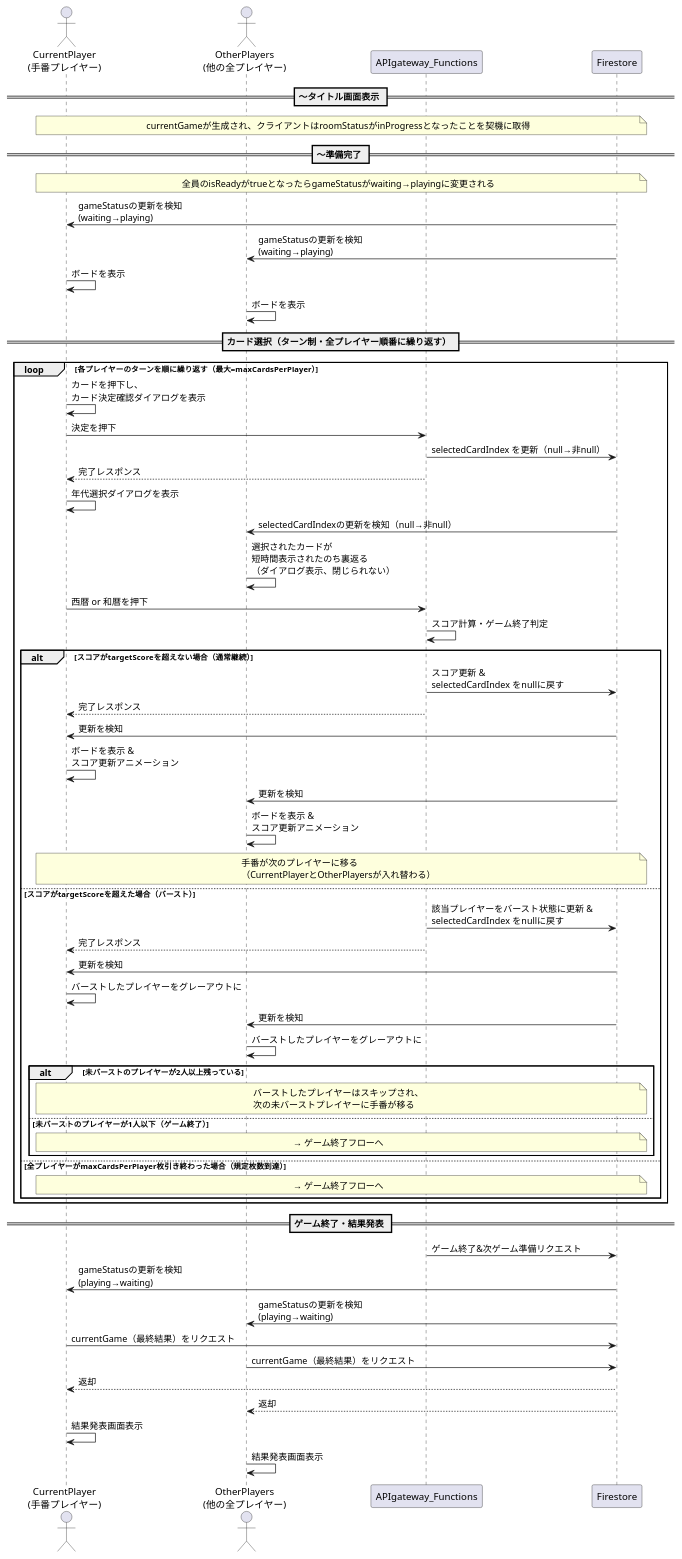
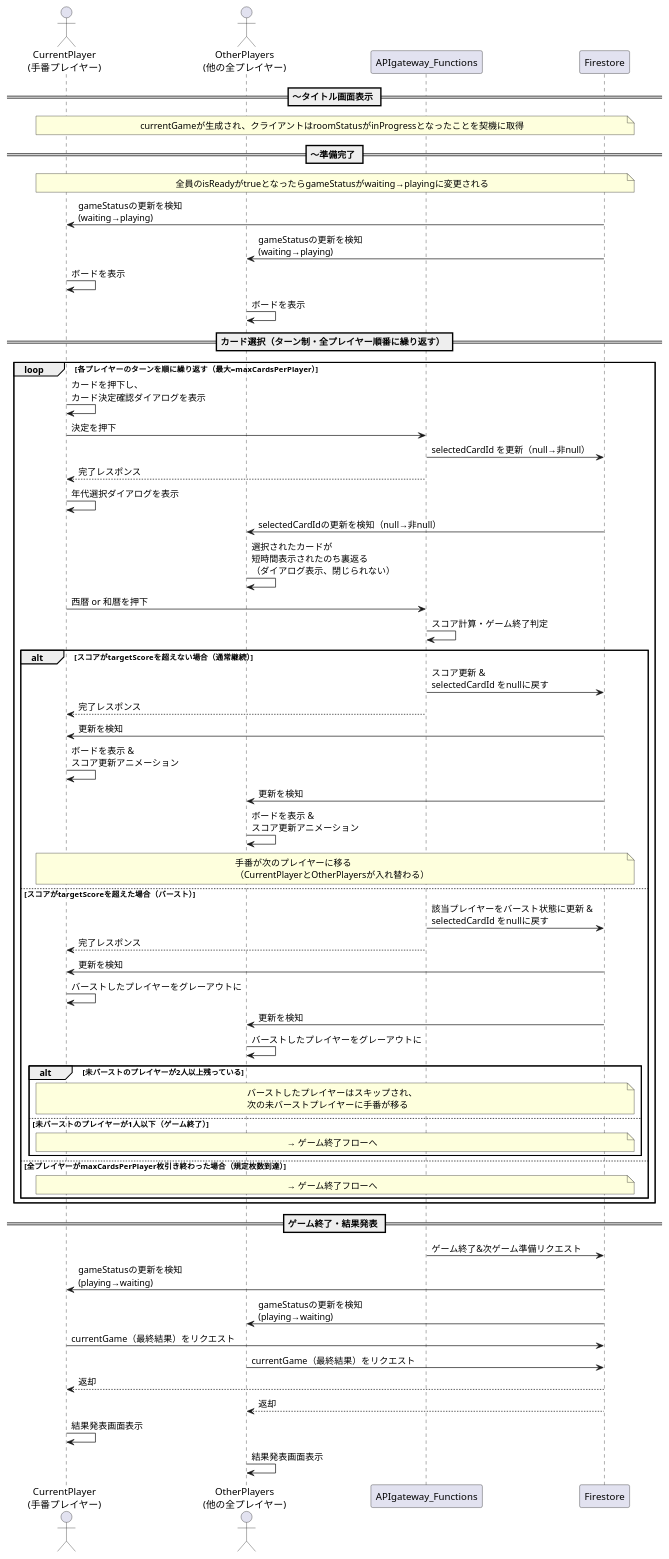
Before and after one commit to hi-okuma/bdghub: the diagram in doc/sequence/0006_buzzword.wsd, drawn with PlantUML.

Commit message:
cardIndexからcardIdに変更

```diff
--- a/doc/sequence/0006_buzzword.wsd
+++ b/doc/sequence/0006_buzzword.wsd
@@ -1,93 +1,93 @@
 @startuml
 
 actor CurrentPlayer as "CurrentPlayer\n(手番プレイヤー)"
 actor OtherPlayers as "OtherPlayers\n(他の全プレイヤー)"
 
 participant APIgateway_Functions
 participant Firestore
 
 == 〜タイトル画面表示 ==
 note over CurrentPlayer, Firestore
   currentGameが生成され、クライアントはroomStatusがinProgressとなったことを契機に取得
 end note
 
 == 〜準備完了 ==
 note over CurrentPlayer, Firestore
   全員のisReadyがtrueとなったらgameStatusがwaiting→playingに変更される
 end note
 CurrentPlayer <- Firestore: gameStatusの更新を検知\n(waiting→playing)
 OtherPlayers <- Firestore: gameStatusの更新を検知\n(waiting→playing)
 CurrentPlayer -> CurrentPlayer: ボードを表示
 OtherPlayers -> OtherPlayers: ボードを表示
 
 == カード選択（ターン制・全プレイヤー順番に繰り返す） ==
 
 loop 各プレイヤーのターンを順に繰り返す（最大=maxCardsPerPlayer）
 
   CurrentPlayer -> CurrentPlayer: カードを押下し、\nカード決定確認ダイアログを表示
   CurrentPlayer -> APIgateway_Functions: 決定を押下
-  APIgateway_Functions -> Firestore: selectedCardIndex を更新（null→非null）
+  APIgateway_Functions -> Firestore: selectedCardId を更新（null→非null）
   CurrentPlayer <-- APIgateway_Functions: 完了レスポンス
   CurrentPlayer -> CurrentPlayer: 年代選択ダイアログを表示
 
-  OtherPlayers <- Firestore: selectedCardIndexの更新を検知（null→非null）
+  OtherPlayers <- Firestore: selectedCardIdの更新を検知（null→非null）
   OtherPlayers -> OtherPlayers: 選択されたカードが\n短時間表示されたのち裏返る\n（ダイアログ表示、閉じられない）
 
   CurrentPlayer -> APIgateway_Functions: 西暦 or 和暦を押下
   APIgateway_Functions -> APIgateway_Functions: スコア計算・ゲーム終了判定
 
   alt スコアがtargetScoreを超えない場合（通常継続）
 
-    APIgateway_Functions -> Firestore: スコア更新 &\nselectedCardIndex をnullに戻す
+    APIgateway_Functions -> Firestore: スコア更新 &\nselectedCardId をnullに戻す
     CurrentPlayer <-- APIgateway_Functions: 完了レスポンス
 
     CurrentPlayer <- Firestore: 更新を検知
     CurrentPlayer -> CurrentPlayer: ボードを表示 &\nスコア更新アニメーション
 
     OtherPlayers <- Firestore: 更新を検知
     OtherPlayers -> OtherPlayers: ボードを表示 &\nスコア更新アニメーション
 
     note over CurrentPlayer, Firestore
       手番が次のプレイヤーに移る
       （CurrentPlayerとOtherPlayersが入れ替わる）
     end note
 
   else スコアがtargetScoreを超えた場合（バースト）
 
-    APIgateway_Functions -> Firestore: 該当プレイヤーをバースト状態に更新 &\nselectedCardIndex をnullに戻す
+    APIgateway_Functions -> Firestore: 該当プレイヤーをバースト状態に更新 &\nselectedCardId をnullに戻す
     CurrentPlayer <-- APIgateway_Functions: 完了レスポンス
 
     CurrentPlayer <- Firestore: 更新を検知
     CurrentPlayer -> CurrentPlayer: バーストしたプレイヤーをグレーアウトに
 
     OtherPlayers <- Firestore: 更新を検知
     OtherPlayers -> OtherPlayers: バーストしたプレイヤーをグレーアウトに
 
     alt 未バーストのプレイヤーが2人以上残っている
       note over CurrentPlayer, Firestore
         バーストしたプレイヤーはスキップされ、
         次の未バーストプレイヤーに手番が移る
       end note
     else 未バーストのプレイヤーが1人以下（ゲーム終了）
       note over CurrentPlayer, Firestore: → ゲーム終了フローへ
     end
 
   else 全プレイヤーがmaxCardsPerPlayer枚引き終わった場合（規定枚数到達）
     note over CurrentPlayer, Firestore: → ゲーム終了フローへ
 
   end
 
 end
 
 == ゲーム終了・結果発表 ==
 APIgateway_Functions -> Firestore: ゲーム終了&次ゲーム準備リクエスト
 CurrentPlayer <- Firestore: gameStatusの更新を検知\n(playing→waiting)
 OtherPlayers <- Firestore: gameStatusの更新を検知\n(playing→waiting)
 CurrentPlayer -> Firestore: currentGame（最終結果）をリクエスト
 OtherPlayers -> Firestore: currentGame（最終結果）をリクエスト
 CurrentPlayer <-- Firestore: 返却
 OtherPlayers <-- Firestore: 返却
 CurrentPlayer -> CurrentPlayer: 結果発表画面表示
 OtherPlayers -> OtherPlayers: 結果発表画面表示
 
 @enduml
```
